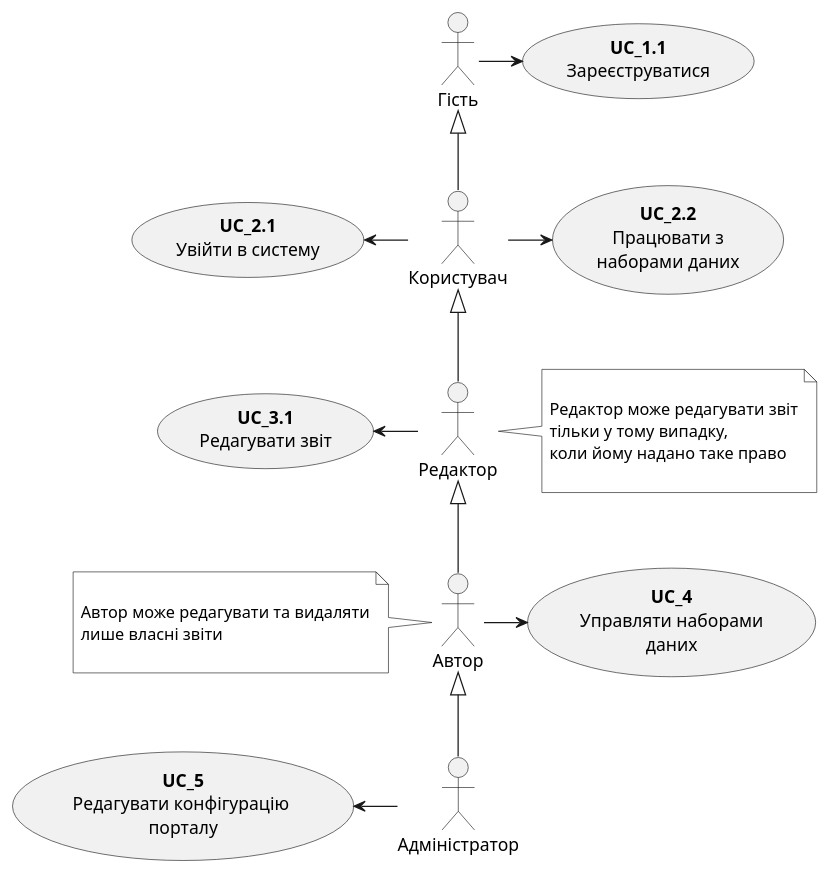
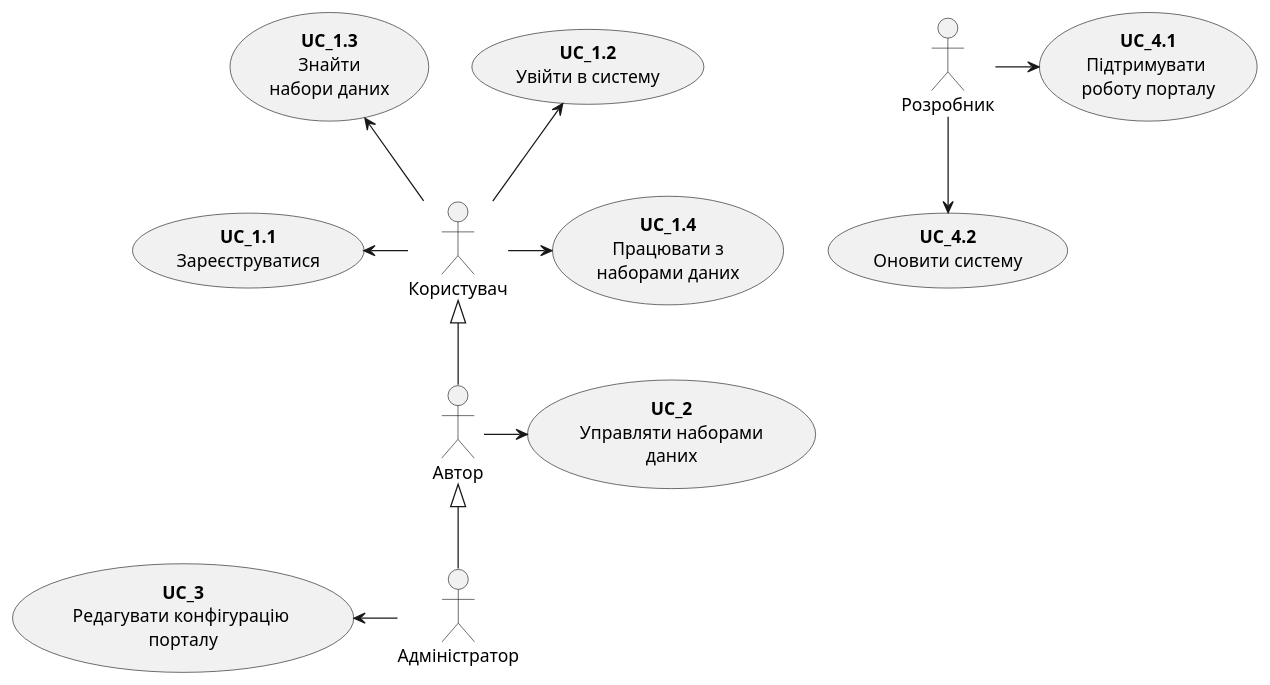
One commit to boldak/database_basics_template changed the diagram in src/uml/UC_Overview.puml. Above: the diagram before and after it, drawn with PlantUML.

```diff
--- a/src/uml/UC_Overview.puml
+++ b/src/uml/UC_Overview.puml
@@ -1,45 +1,29 @@
 @startuml
-actor "Гість" as Guest
-    actor "Користувач" as User
+actor "Користувач" as User
     actor "Автор" as Author
-    actor "Редактор" as Collaborator
     actor "Адміністратор" as Admin
+    actor "Розробник" as Developer
     
     usecase "<b>UC_1.1</b>\nЗареєструватися" as UC_1_1
-    usecase "<b>UC_2.1</b>\nУвійти в систему" as UC_2_1
-    usecase "<b>UC_2.2</b>\nПрацювати з\nнаборами даних" as UC_2_2
-    usecase "<b>UC_3.1</b>\nРедагувати звіт" as UC_3_1
-    usecase "<b>UC_4</b>\nУправляти наборами\nданих" as UC_4
-    usecase "<b>UC_5</b>\nРедагувати конфігурацію \nпорталу" as UC_5
+    usecase "<b>UC_1.2</b>\nУвійти в систему" as UC_1_2
+    usecase "<b>UC_1.3</b>\nЗнайти\nнабори даних" as UC_1_3
+    usecase "<b>UC_1.4</b>\nПрацювати з\nнаборами даних" as UC_1_4
+    usecase "<b>UC_2</b>\nУправляти наборами\nданих" as UC_2
+    usecase "<b>UC_3</b>\nРедагувати конфігурацію \nпорталу" as UC_3   
+    usecase "<b>UC_4.1</b>\nПідтримувати \nроботу порталу" as UC_4_1
+    usecase "<b>UC_4.2</b>\nОновити систему" as UC_4_2
+   
+    User -l-> UC_1_1
+    User -u-> UC_1_2
+    User -u-> UC_1_3
+    User -r-> UC_1_4
     
-    Guest -r-> UC_1_1
-
-    User -u-|> Guest    
-    User -l-> UC_2_1
-    User -r-> UC_2_2
-    
-    Collaborator -u-|> User
-    Collaborator -l-> UC_3_1
-    
-    note right of Collaborator #fff
-    
-        Редактор може редагувати звіт
-        тільки у тому випадку,
-        коли йому надано таке право
-    
-    end note
-    
-    Author -u-|> Collaborator
-    Author -r-> UC_4
-    
-    note left of Author #fff
-    
-        Автор може редагувати та видаляти
-        лише власні звіти
-    
-    end note
-    
+    Author -u-|> User
+    Author -r-> UC_2
     
     Admin -u-|> Author
-    Admin -l-> UC_5
+    Admin -l-> UC_3
+
+    Developer -r-> UC_4_1
+    Developer -d-> UC_4_2
 @enduml
```
